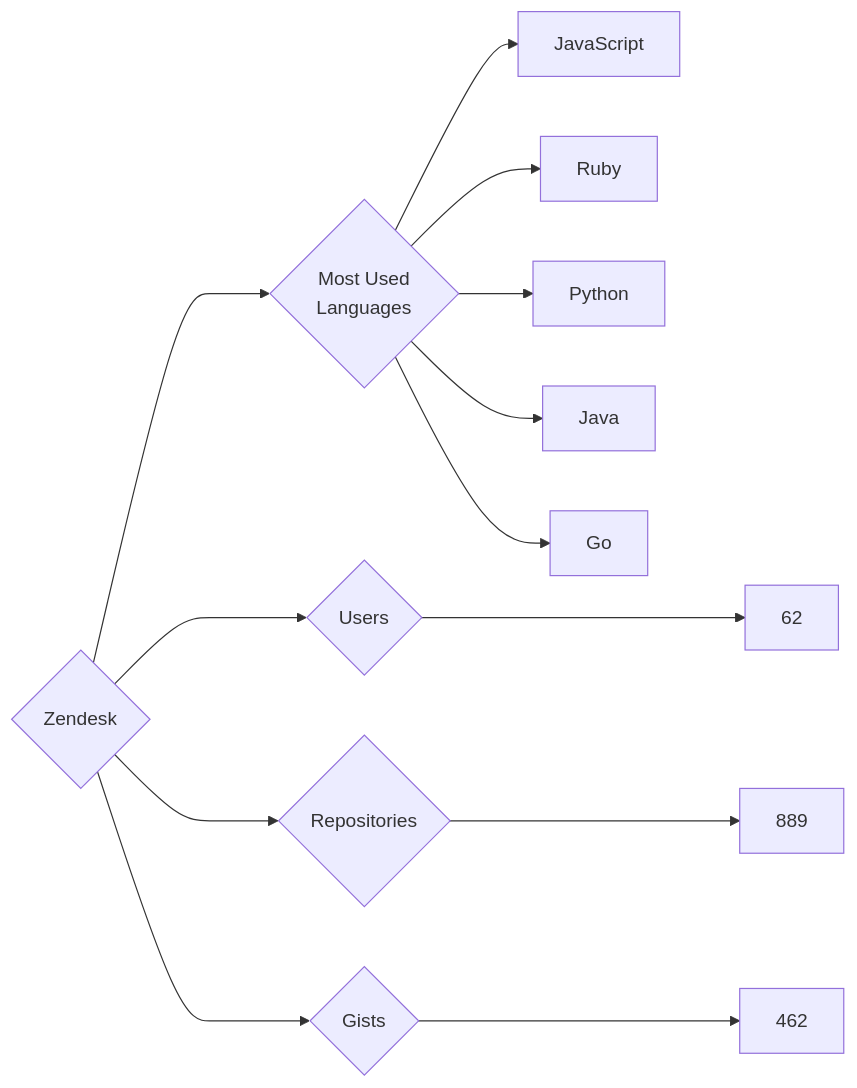
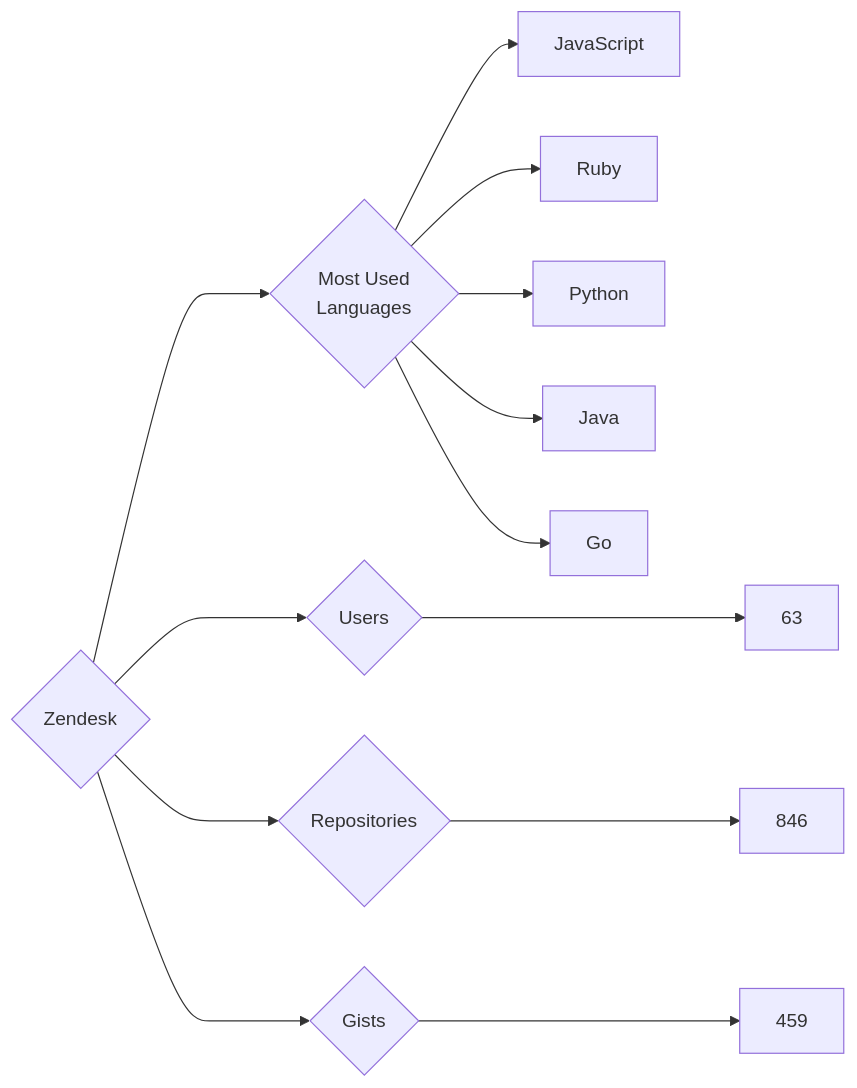
Before and after one commit to trickest/insiders: the diagram in targets/Zendesk/README.md, drawn with Mermaid. The commit also changed 833 other files, not shown here.

````diff
--- a/targets/Zendesk/README.md
+++ b/targets/Zendesk/README.md
@@ -3,13 +3,13 @@
 ```mermaid
 graph LR
 COMPANY_NAME{Zendesk}
-COMPANY_NAME ---> U{Users} ---> UN[62]
-COMPANY_NAME ---> R{Repositories} ---> RN[889]
-COMPANY_NAME ---> G{Gists} ---> GN[462]
+COMPANY_NAME ---> U{Users} ---> UN[63]
+COMPANY_NAME ---> R{Repositories} ---> RN[846]
+COMPANY_NAME ---> G{Gists} ---> GN[459]
 COMPANY_NAME ---> ML{Most Used<br>Languages}
 ML --> JavaScript[JavaScript]
 ML --> Ruby[Ruby]
 ML --> Python[Python]
 ML --> Java[Java]
 ML --> Go[Go]
 ```
````
